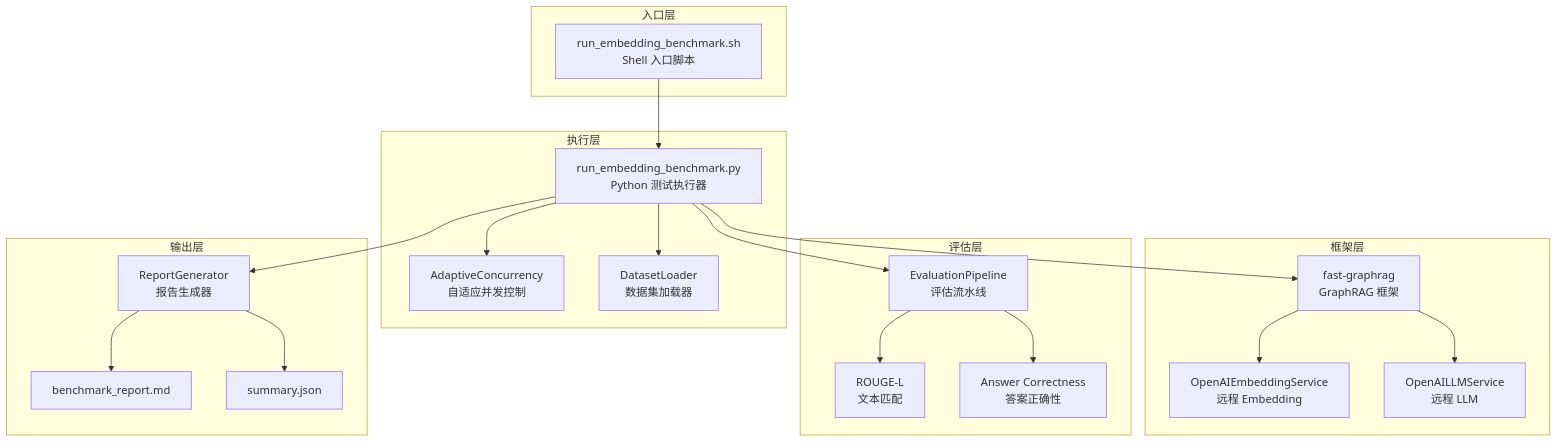
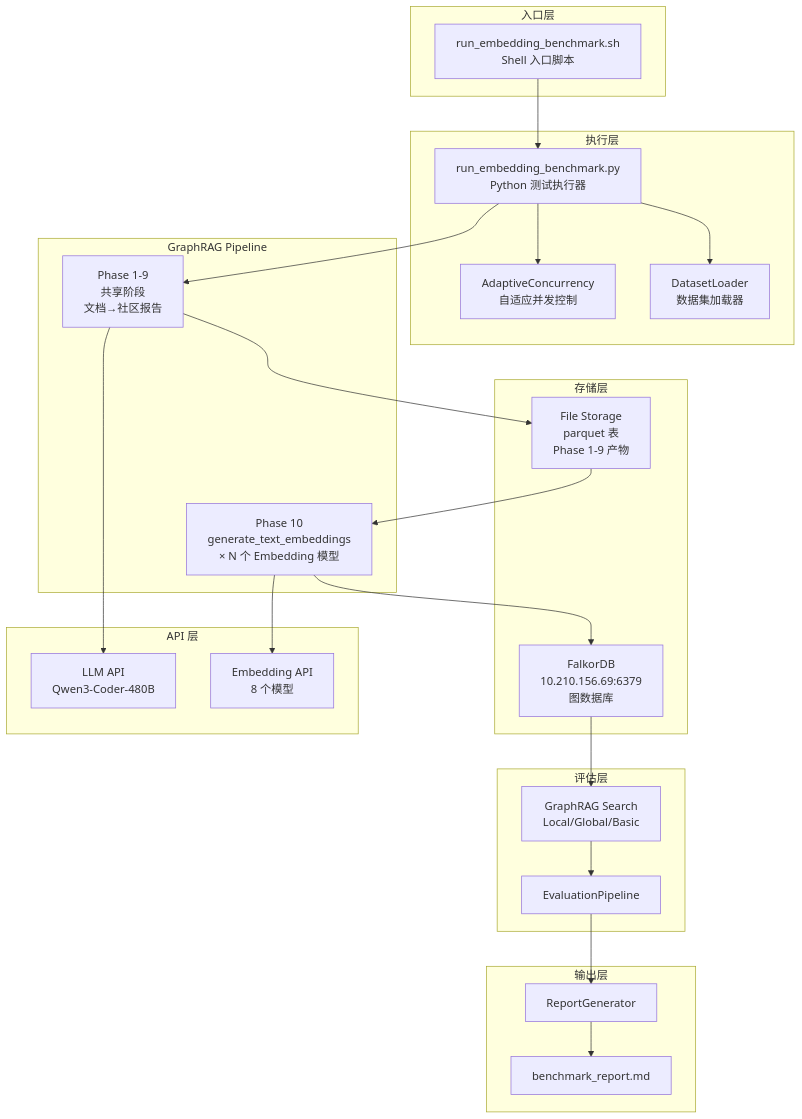
Before and after one commit to eyanpen/rag-test: the first of 2 diagrams in .kiro/specs/embedding-model-benchmark/design.md, drawn with Mermaid. The commit also changed other lines of this file and 3 other files, not shown here.

````diff
--- a/.kiro/specs/embedding-model-benchmark/design.md
+++ b/.kiro/specs/embedding-model-benchmark/design.md
@@ -17,43 +42,51 @@
 ```mermaid
 graph TB
     subgraph 入口层
         SH[run_embedding_benchmark.sh<br/>Shell 入口脚本]
     end
 
     subgraph 执行层
         TR[run_embedding_benchmark.py<br/>Python 测试执行器]
         AC[AdaptiveConcurrency<br/>自适应并发控制]
         DL[DatasetLoader<br/>数据集加载器]
     end
 
-    subgraph 框架层
-        FG[fast-graphrag<br/>GraphRAG 框架]
-        EMB[OpenAIEmbeddingService<br/>远程 Embedding]
-        LLM[OpenAILLMService<br/>远程 LLM]
+    subgraph GraphRAG Pipeline
+        P1_9[Phase 1-9<br/>共享阶段<br/>文档→社区报告]
+        P10[Phase 10<br/>generate_text_embeddings<br/>× N 个 Embedding 模型]
+    end
+
+    subgraph 存储层
+        FS[File Storage<br/>parquet 表<br/>Phase 1-9 产物]
+        FK[FalkorDB<br/>10.210.156.69:6379<br/>图数据库]
+    end
+
+    subgraph API 层
+        LLM[LLM API<br/>Qwen3-Coder-480B]
+        EMB[Embedding API<br/>8 个模型]
     end
 
     subgraph 评估层
-        EP[EvaluationPipeline<br/>评估流水线]
-        RL[ROUGE-L<br/>文本匹配]
-        ACC[Answer Correctness<br/>答案正确性]
+        EP[EvaluationPipeline]
+        SEARCH[GraphRAG Search<br/>Local/Global/Basic]
     end
 
     subgraph 输出层
-        RG[ReportGenerator<br/>报告生成器]
+        RG[ReportGenerator]
         MD[benchmark_report.md]
-        JSON[summary.json]
     end
 
     SH --> TR
+    TR --> DL
     TR --> AC
-    TR --> DL
-    TR --> FG
-    FG --> EMB
-    FG --> LLM
-    TR --> EP
-    EP --> RL
-    EP --> ACC
-    TR --> RG
+    TR --> P1_9
+    P1_9 --> FS
+    P1_9 --> LLM
+    FS --> P10
+    P10 --> EMB
+    P10 --> FK
+    FK --> SEARCH
+    SEARCH --> EP
+    EP --> RG
     RG --> MD
-    RG --> JSON
 ```
````
